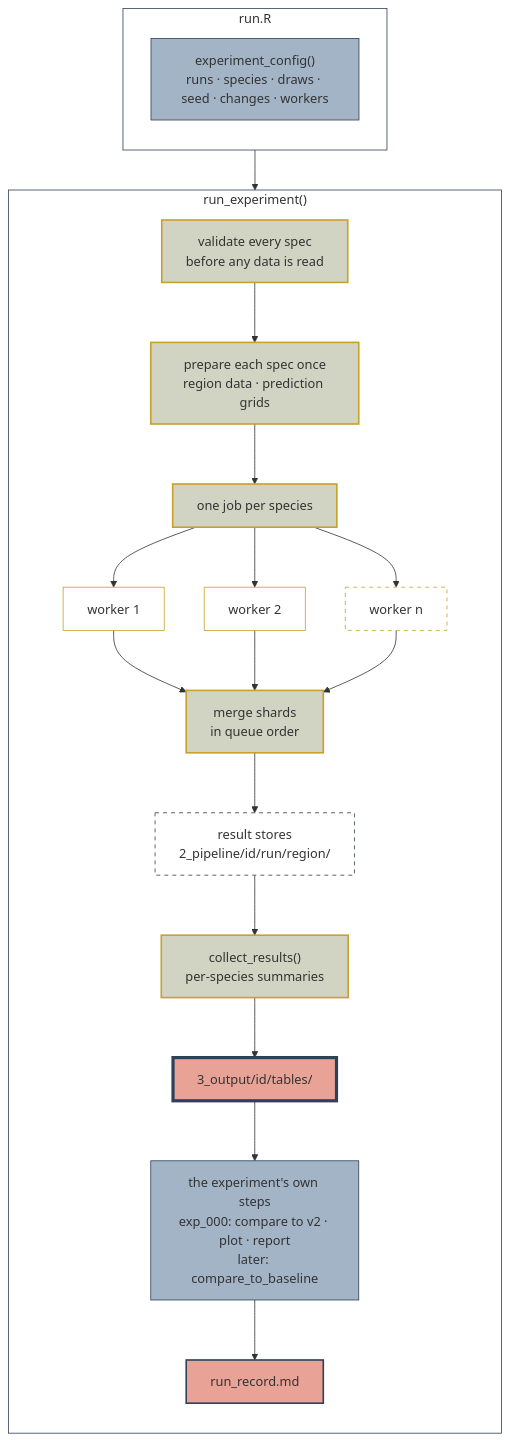
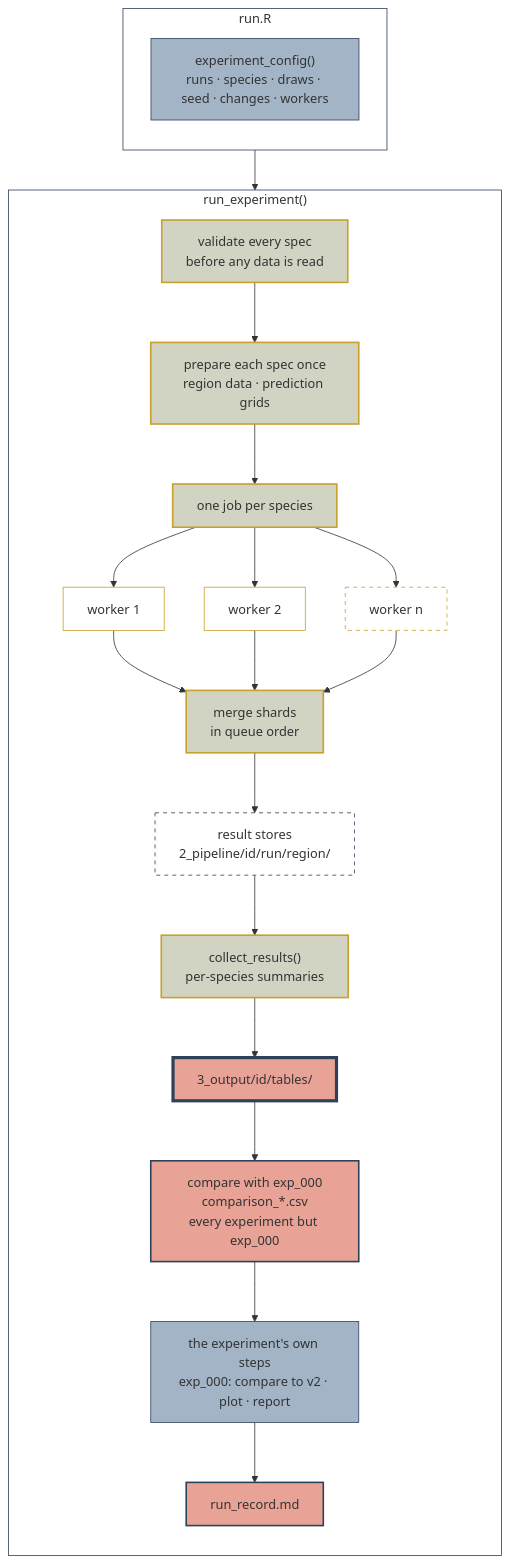
The third of 6 diagrams in README.md (ABbiodiversity/sdmMethodsDev), drawn with Mermaid before and after one commit. The commit also changed other lines of this file and 35 other files, not shown here.

````diff
--- a/README.md
+++ b/README.md
@@ -251,62 +257,64 @@
 ```mermaid
 %% ----------------------------
 %% The experiment pipeline
 %% ----------------------------
 %%{init: {"themeVariables": {"edgeLabelBackground": "#ffffff"}}}%%
 flowchart TD
 
     subgraph cfg["run.R"]
         direction TB
         C["experiment_config()<br/>runs · species · draws · seed · changes · workers"]
     end
 
     subgraph run["run_experiment()"]
         direction TB
         V["validate every spec<br/>before any data is read"]
         P["prepare each spec once<br/>region data · prediction grids"]
         J["one job per species"]
         W1["worker 1"]
         W2["worker 2"]
         WN["worker n"]
         S["merge shards<br/>in queue order"]
         ST["result stores<br/>2_pipeline/id/run/region/"]
         CR["collect_results()<br/>per-species summaries"]
         T["3_output/id/tables/"]
-        X["the experiment's own steps<br/>exp_000: compare to v2 · plot · report<br/>later: compare_to_baseline"]
+        B["compare with exp_000<br/>comparison_*.csv<br/>every experiment but exp_000"]
+        X["the experiment's own steps<br/>exp_000: compare to v2 · plot · report"]
         RR["run_record.md"]
 
         V --> P --> J
         J --> W1 & W2 & WN
         W1 & W2 & WN --> S --> ST
-        ST --> CR --> T --> X --> RR
+        ST --> CR --> T --> B --> X --> RR
     end
 
     C --> V
 
     %% ----------------------------
     %% Styles
     %% ----------------------------
 
     %% Containers
     style cfg fill:none,stroke:#2D415B,stroke-width:1px
     style run fill:none,stroke:#2D415B,stroke-width:1px
 
     %% Configuration
     style C fill:#A3B4C7,stroke:#2D415B,stroke-width:1px
 
     %% Shared pipeline
     style V fill:#A4A88780,stroke:#C8A02C,stroke-width:2px
     style P fill:#A4A88780,stroke:#C8A02C,stroke-width:2px
     style J fill:#A4A88780,stroke:#C8A02C,stroke-width:2px
     style W1 fill:#ffffff,stroke:#C8A02C,stroke-width:1px
     style W2 fill:#ffffff,stroke:#C8A02C,stroke-width:1px
     style WN fill:#ffffff,stroke:#C8A02C,stroke-width:1px,stroke-dasharray: 5 5
     style S fill:#A4A88780,stroke:#C8A02C,stroke-width:2px
     style CR fill:#A4A88780,stroke:#C8A02C,stroke-width:2px
 
     %% Outputs
     style ST fill:#ffffff,stroke:#2D415B,stroke-width:1px,stroke-dasharray: 5 5
     style T fill:#E8A396,stroke:#2D415B,stroke-width:4px
+    style B fill:#E8A396,stroke:#2D415B,stroke-width:2px
     style X fill:#A3B4C7,stroke:#2D415B,stroke-width:1px
     style RR fill:#E8A396,stroke:#2D415B,stroke-width:2px
 ```
````
